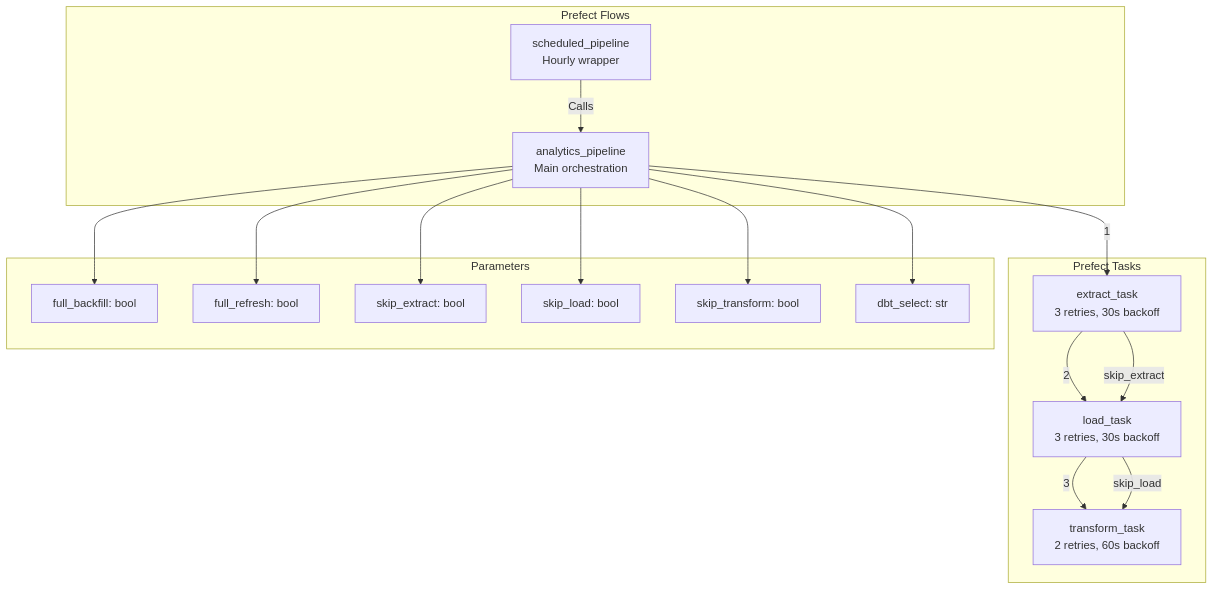
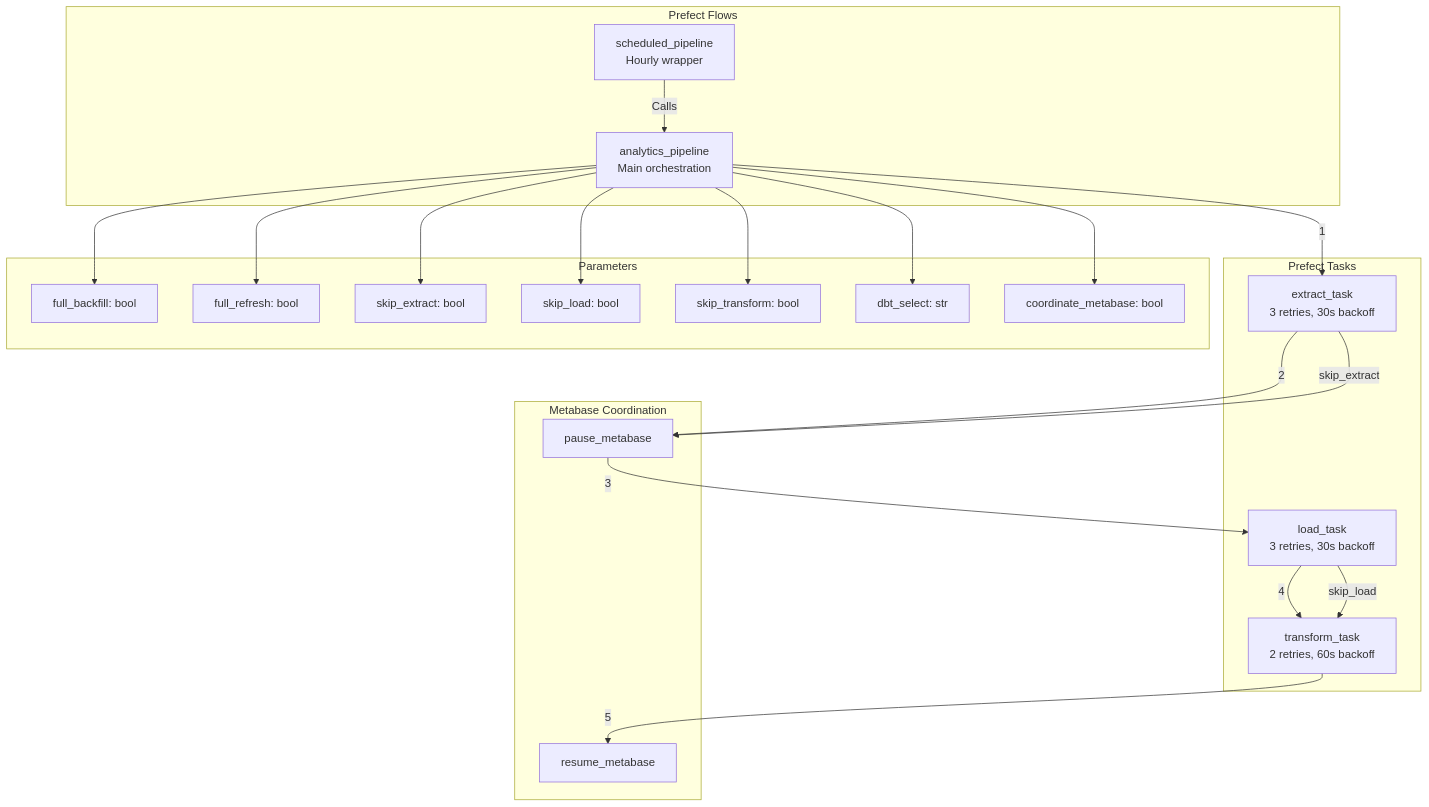
Diagram 12 of 17 in analytics/ARCHITECTURE.md (farshad-akbari-hb/claude-code-conversation-analytics), drawn with Mermaid before and after one commit. The commit also changed other lines of this file and 26 other files, not shown here.

````diff
--- a/analytics/ARCHITECTURE.md
+++ b/analytics/ARCHITECTURE.md
@@ -714,37 +749,46 @@
 ```mermaid
 flowchart TB
     subgraph Flows["Prefect Flows"]
         MAIN[analytics_pipeline<br/>Main orchestration]
         SCHED[scheduled_pipeline<br/>Hourly wrapper]
     end
 
     subgraph Tasks["Prefect Tasks"]
         EXT[extract_task<br/>3 retries, 30s backoff]
         LOAD[load_task<br/>3 retries, 30s backoff]
         TRANS[transform_task<br/>2 retries, 60s backoff]
     end
 
     subgraph Parameters
         P1[full_backfill: bool]
         P2[full_refresh: bool]
         P3[skip_extract: bool]
         P4[skip_load: bool]
         P5[skip_transform: bool]
         P6[dbt_select: str]
+        P7[coordinate_metabase: bool]
+    end
+
+    subgraph MetabaseCoord["Metabase Coordination"]
+        PAUSE[pause_metabase]
+        RESUME[resume_metabase]
     end
 
     SCHED -->|Calls| MAIN
     MAIN --> P1
     MAIN --> P2
     MAIN --> P3
     MAIN --> P4
     MAIN --> P5
     MAIN --> P6
+    MAIN --> P7
 
     MAIN -->|1| EXT
-    EXT -->|2| LOAD
-    LOAD -->|3| TRANS
+    EXT -->|2| PAUSE
+    PAUSE -->|3| LOAD
+    LOAD -->|4| TRANS
+    TRANS -->|5| RESUME
 
-    EXT -->|skip_extract| LOAD
+    EXT -->|skip_extract| PAUSE
     LOAD -->|skip_load| TRANS
 ```
````
